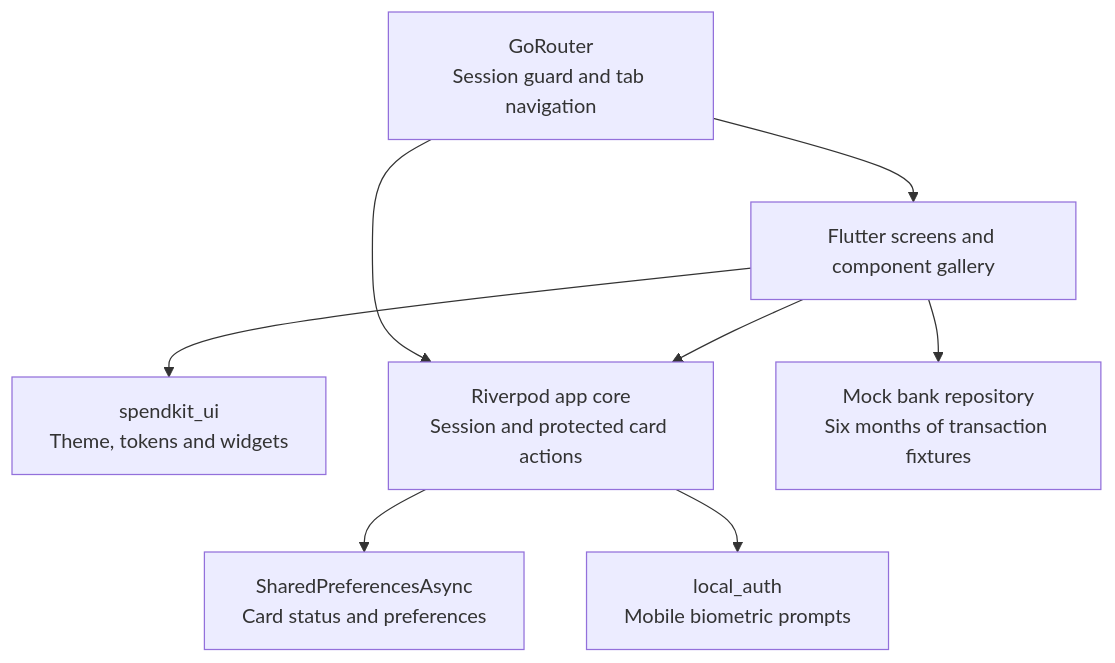
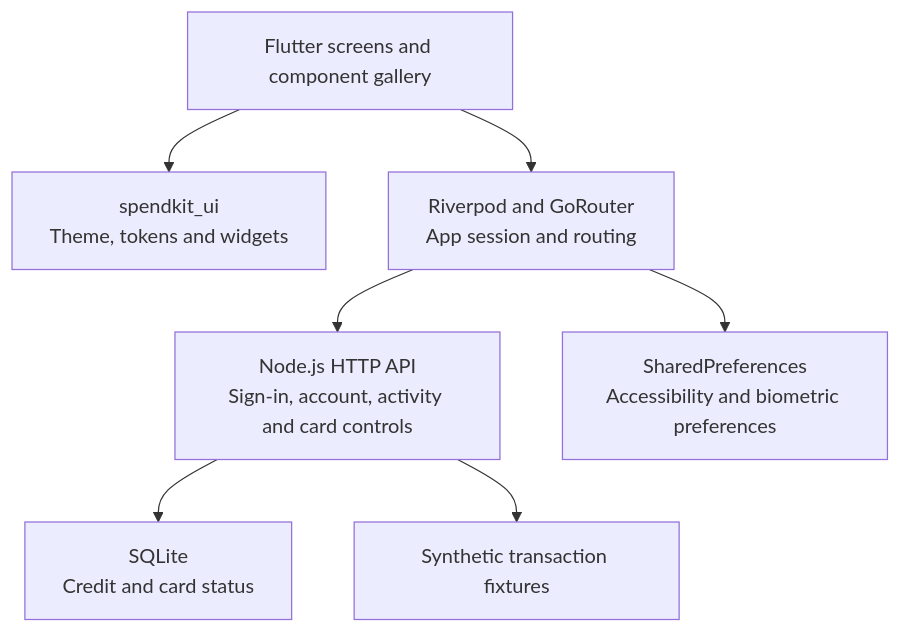
One commit to meghakn03/SpendKit changed the diagram in README.md. Above: the diagram before and after it, drawn with Mermaid. The commit also changed other lines of this file and 18 other files, not shown here.

Commit message:
Node.js backend and SQLite database. The API handles sign-in, issues session tokens, serves balances and fictional transactions, and verifies the access code before freezing or unfreezing the card. Card status survives server restarts.

````diff
--- a/README.md
+++ b/README.md
@@ -31,17 +30,16 @@
 ```mermaid
 flowchart TD
     Screens["Flutter screens and component gallery"]
     UI["spendkit_ui<br/>Theme, tokens and widgets"]
-    Router["GoRouter<br/>Session guard and tab navigation"]
-    Core["Riverpod app core<br/>Session and protected card actions"]
-    Repository["Mock bank repository<br/>Six months of transaction fixtures"]
-    Storage["SharedPreferencesAsync<br/>Card status and preferences"]
-    Biometrics["local_auth<br/>Mobile biometric prompts"]
+    Core["Riverpod and GoRouter<br/>App session and routing"]
+    API["Node.js HTTP API<br/>Sign-in, account, activity and card controls"]
+    Database["SQLite<br/>Credit and card status"]
+    Fixtures["Synthetic transaction fixtures"]
+    Preferences["SharedPreferences<br/>Accessibility and biometric preferences"]
     Screens --> UI
-    Router --> Screens
-    Router --> Core
     Screens --> Core
-    Screens --> Repository
-    Core --> Storage
-    Core --> Biometrics
+    Core --> API
+    Core --> Preferences
+    API --> Database
+    API --> Fixtures
 ```
````
